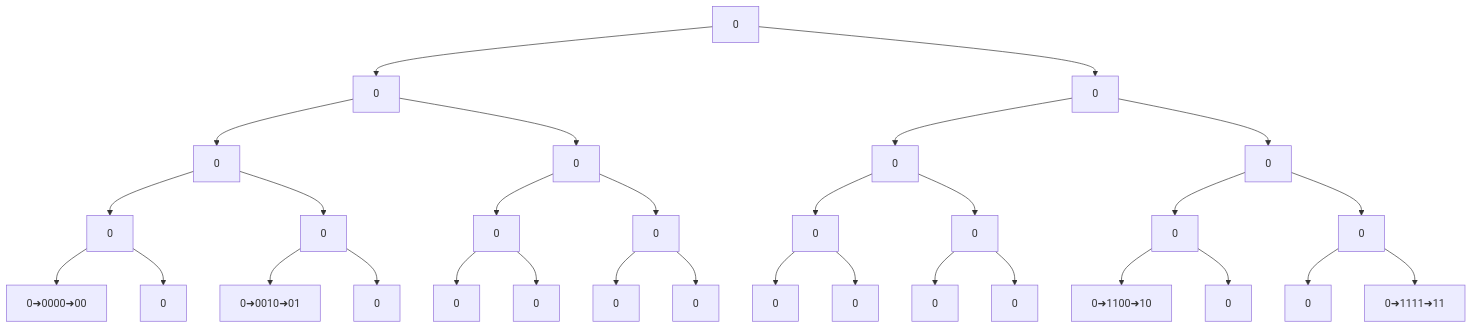
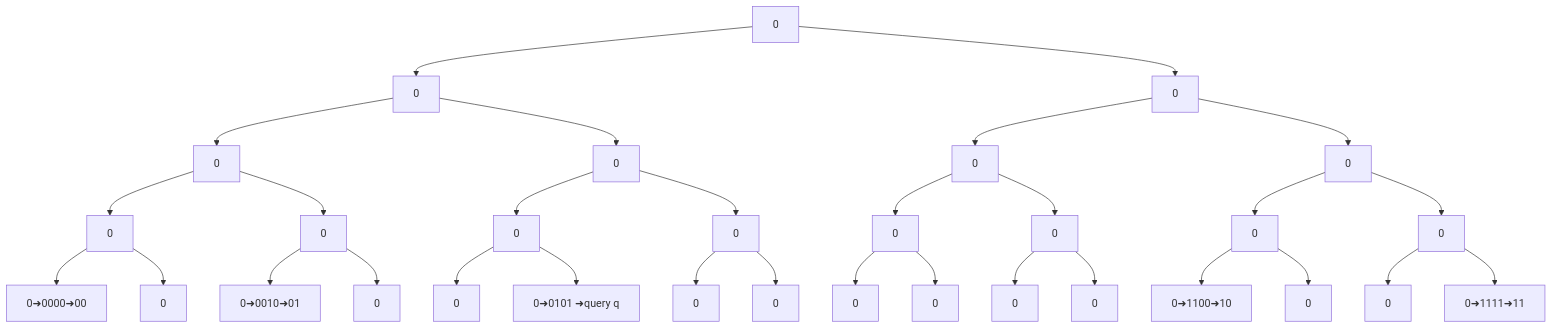
One commit to H-yz2022/AlgorithmsPrepare changed the third of 3 diagrams in COMPSCI 224 Advanced Algorithms/Note1-2.md. Above: the diagram before and after it, drawn with Mermaid. The commit also changed other lines of this file, not shown here.

````diff
--- a/COMPSCI 224 Advanced Algorithms/Note1-2.md
+++ b/COMPSCI 224 Advanced Algorithms/Note1-2.md
@@ -198,38 +198,38 @@
 ```mermaid
 graph TD
     A["0"]
 
     A --> B["0"]
     A --> C["0"]
 
     B --> D["0"]
     B --> E["0"]
     C --> F["0"]
     C --> G["0"]
 
     D --> H["0"]
     D --> I["0"]
     E --> J["0"]
     E --> K["0"]
     F --> L["0"]
     F --> M["0"]
     G --> N["0"]
     G --> O["0"]
 
     H --> P["0➜0000➜00"]
     H --> Q["0"]
     I --> R["0➜0010➜01"]
     I --> S["0"]
     J --> T["0"]
-    J --> U["0"]
+    J --> U["0➜0101 ➜query q"]
     K --> V["0"]
     K --> W["0"]
     L --> X["0"]
     L --> Y["0"]
     M --> Z["0"]
     M --> AA["0"]
     N --> AB["0➜1100➜10"]
     N --> AC["0"]
     O --> AD["0"]
     O --> AE["0➜1111➜11"]
 ```
````
